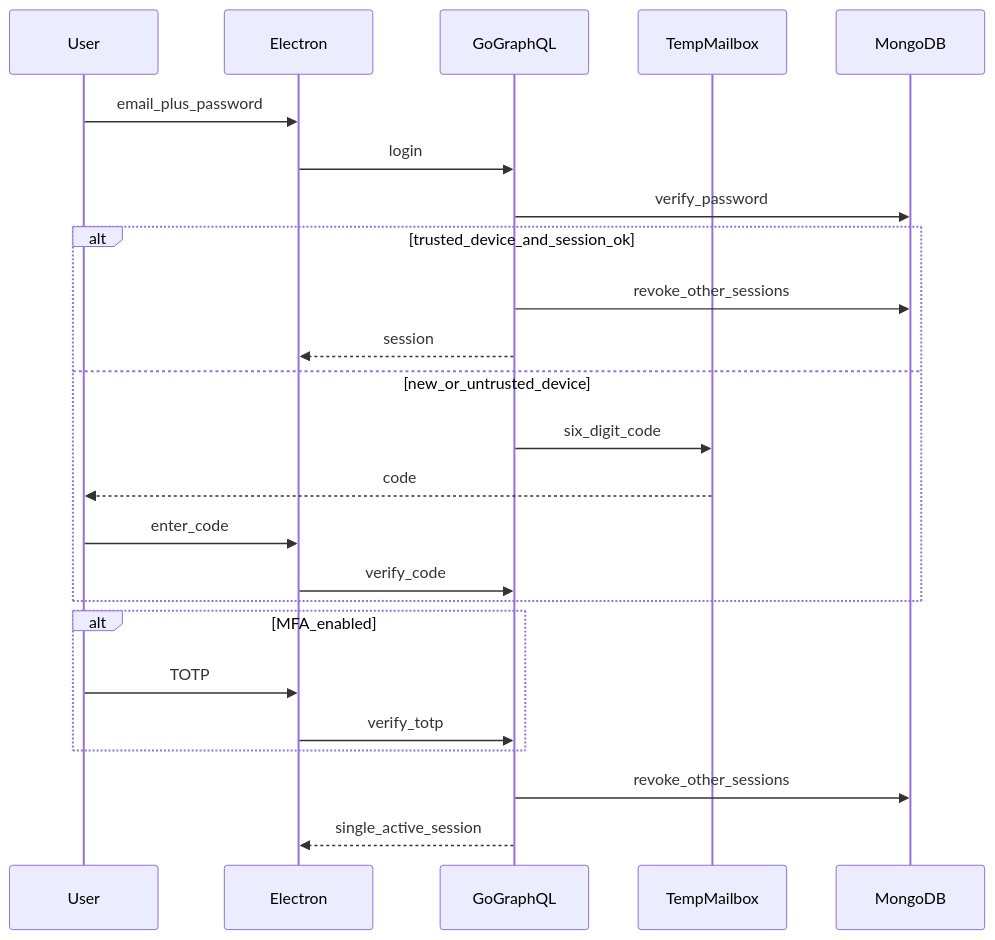
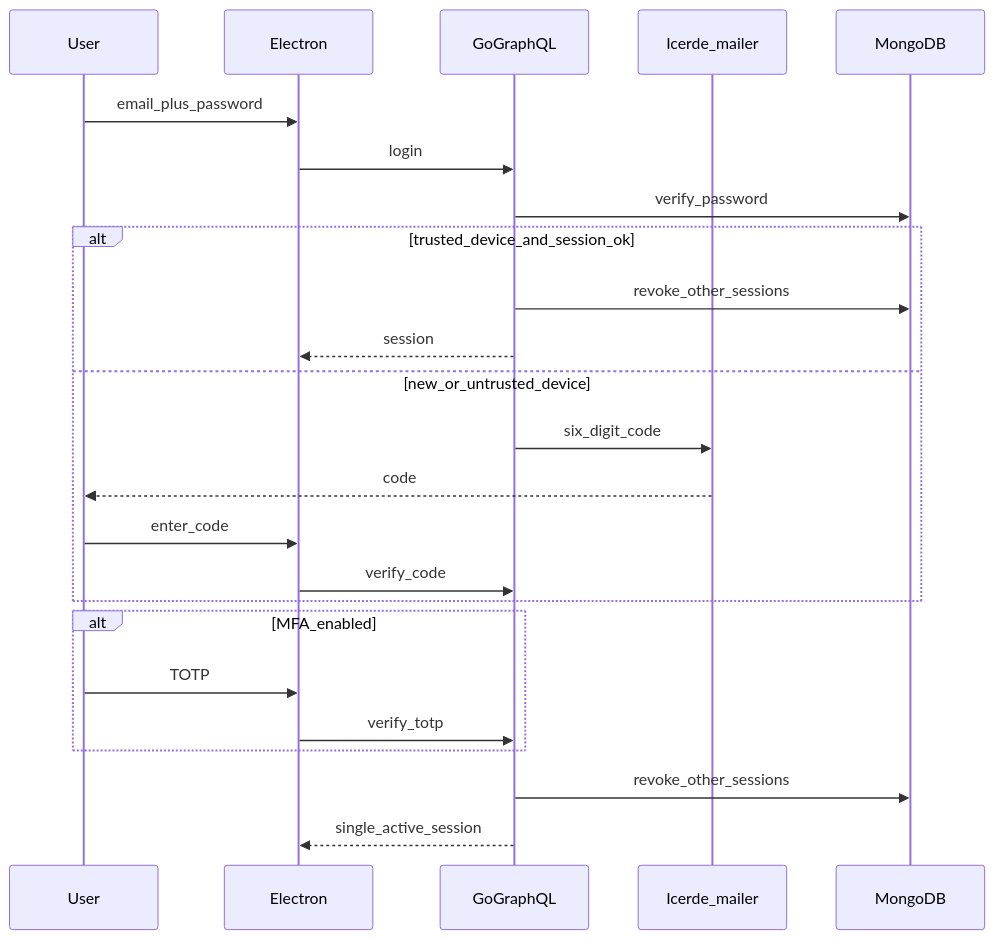
The first of 2 diagrams in docs/security.md (emrahyasinisik/Cherry), drawn with Mermaid before and after one commit. The commit also changed other lines of this file and 12 other files, not shown here.

````diff
--- a/docs/security.md
+++ b/docs/security.md
@@ -11,26 +11,26 @@
 ```mermaid
 sequenceDiagram
   participant U as User
   participant App as Electron
   participant API as GoGraphQL
-  participant Mail as TempMailbox
+  participant Mail as Icerde_mailer
   participant DB as MongoDB
   U->>App: email_plus_password
   App->>API: login
   API->>DB: verify_password
   alt trusted_device_and_session_ok
     API->>DB: revoke_other_sessions
     API-->>App: session
   else new_or_untrusted_device
     API->>Mail: six_digit_code
     Mail-->>U: code
     U->>App: enter_code
     App->>API: verify_code
   end
   alt MFA_enabled
     U->>App: TOTP
     App->>API: verify_totp
   end
   API->>DB: revoke_other_sessions
   API-->>App: single_active_session
 ```
````
